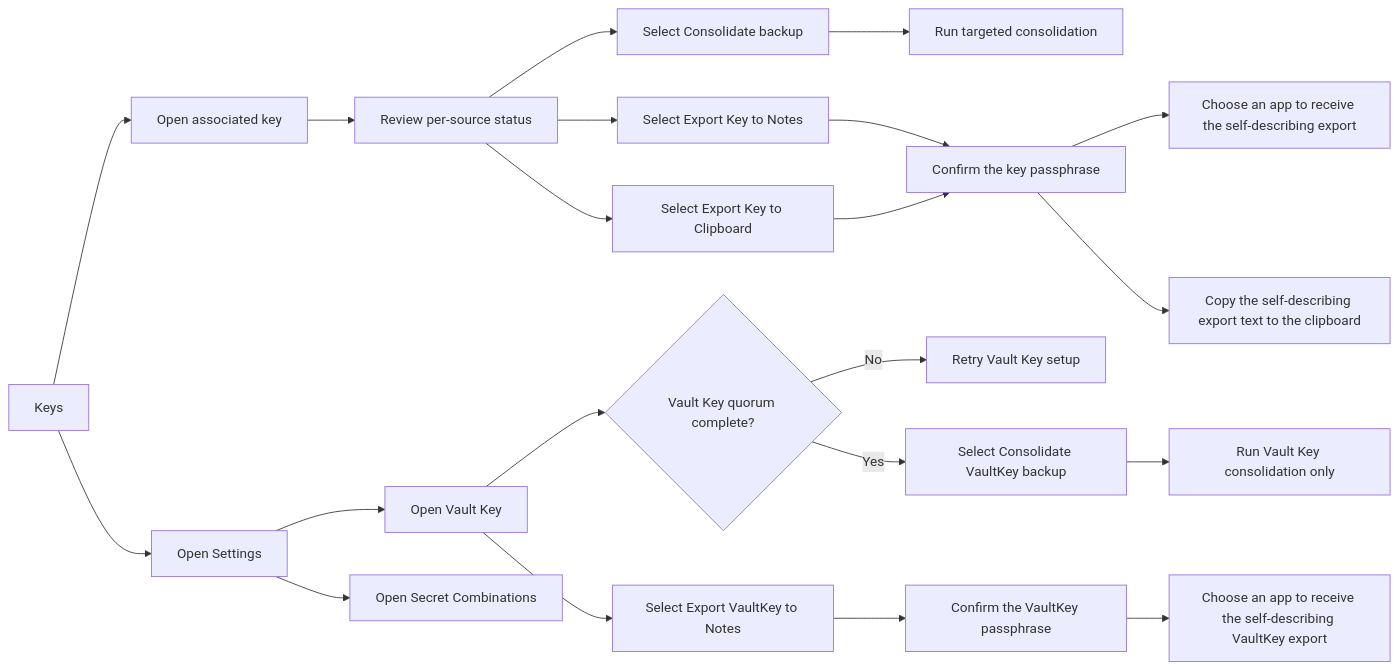
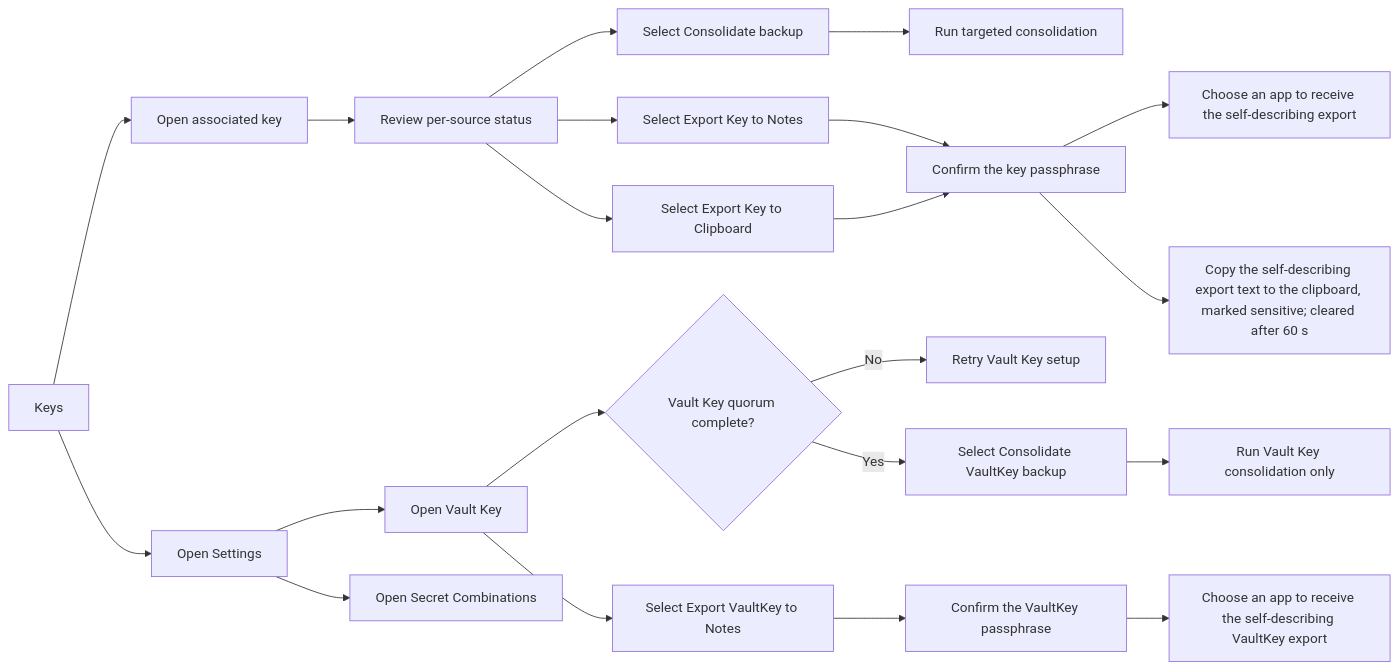
Before and after one commit to ZenTenApp/vault-kotlin: the sixth of 8 diagrams in docs/stakeholder/flowcharts.md, drawn with Mermaid. The commit also changed other lines of this file and 12 other files, not shown here.

First line of the commit message:
fix(keys): auto-clear the clipboard key export after 60 seconds

````diff
--- a/docs/stakeholder/flowcharts.md
+++ b/docs/stakeholder/flowcharts.md
@@ -241,23 +241,23 @@
 ```mermaid
 flowchart LR
     Keys["Keys"] --> Key["Open associated key"]
     Key --> Status["Review per-source status"]
     Status --> One["Select Consolidate backup"]
     One --> Targeted["Run targeted consolidation"]
     Status --> ExportNotes["Select Export Key to Notes"]
     ExportNotes --> ExportPassphrase["Confirm the key passphrase"]
     ExportPassphrase --> ExportPick["Choose an app to receive the self-describing export"]
     Status --> ExportClipboard["Select Export Key to Clipboard"]
     ExportClipboard --> ExportPassphrase
-    ExportPassphrase --> Clipboard["Copy the self-describing export text to the clipboard"]
+    ExportPassphrase --> Clipboard["Copy the self-describing export text to the clipboard, marked sensitive; cleared after 60 s"]
     Keys --> Settings["Open Settings"]
     Settings --> VaultKey["Open Vault Key"]
     VaultKey --> VaultKeyState{"Vault Key quorum complete?"}
     VaultKeyState -->|No| Retry["Retry Vault Key setup"]
     VaultKeyState -->|Yes| All["Select Consolidate VaultKey backup"]
     All --> Full["Run Vault Key consolidation only"]
     VaultKey --> ExportVK["Select Export VaultKey to Notes"]
     ExportVK --> ExportVKPassphrase["Confirm the VaultKey passphrase"]
     ExportVKPassphrase --> ExportVKPick["Choose an app to receive the self-describing VaultKey export"]
     Settings --> SecretCombos["Open Secret Combinations"]
 ```
````
